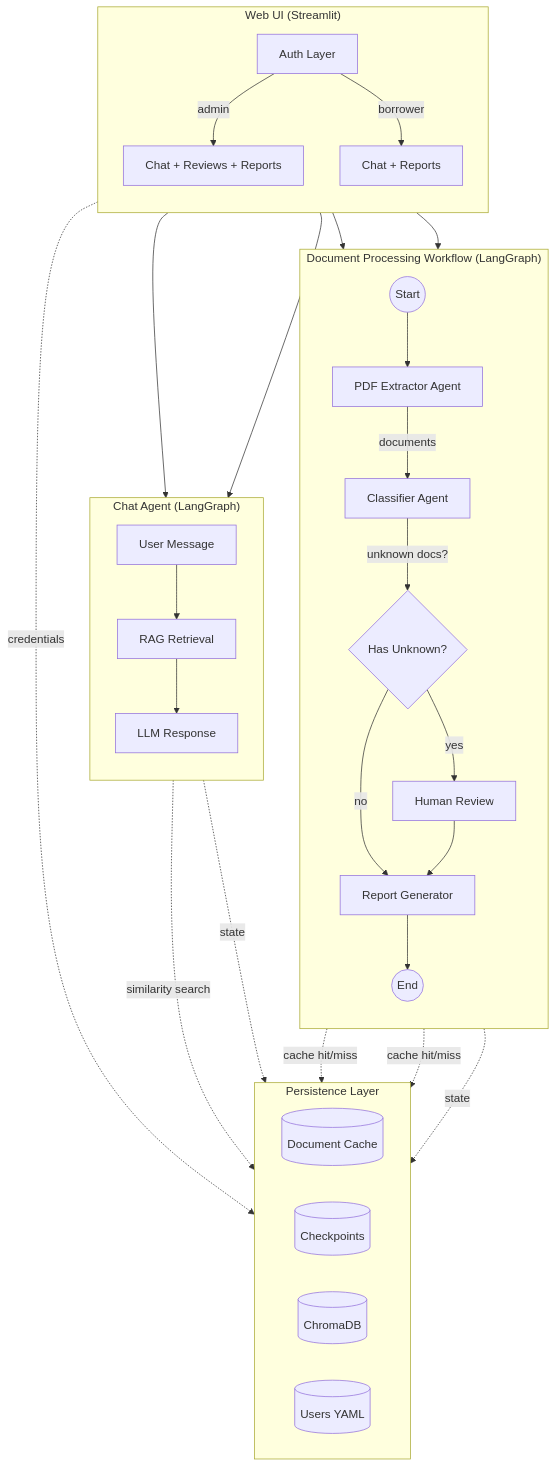
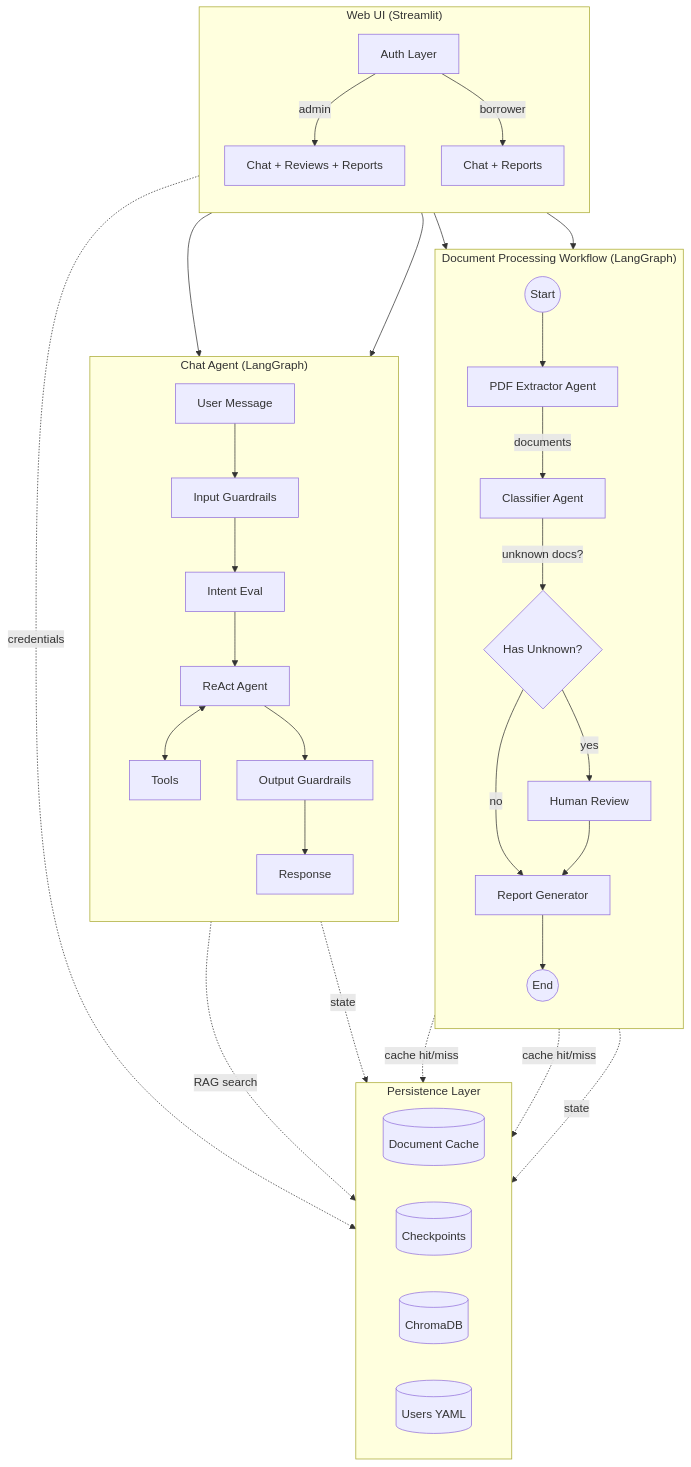
The diagram in README.md (jeremyary/multiagent-doc-processing), drawn with Mermaid before and after one commit. The commit also changed other lines of this file and 1 other file, not shown here.

````diff
--- a/README.md
+++ b/README.md
@@ -14,46 +14,50 @@
 ```mermaid
 flowchart TB
     subgraph workflow["Document Processing Workflow (LangGraph)"]
         direction TB
         START((Start)) --> extract[PDF Extractor Agent]
         extract -->|documents| classify[Classifier Agent]
         classify -->|unknown docs?| decision{Has Unknown?}
         decision -->|yes| review[Human Review]
         decision -->|no| report[Report Generator]
         review --> report
         report --> END((End))
     end
 
     subgraph chat["Chat Agent (LangGraph)"]
         direction TB
-        user_msg[User Message] --> retrieve[RAG Retrieval]
-        retrieve --> respond[LLM Response]
+        user_msg[User Message] --> input_guard[Input Guardrails]
+        input_guard --> intent[Intent Eval]
+        intent --> agent[ReAct Agent]
+        agent <--> tools[Tools]
+        agent --> output_guard[Output Guardrails]
+        output_guard --> response[Response]
     end
 
     subgraph storage["Persistence Layer"]
         direction LR
         cache[(Document Cache)]
         checkpoints[(Checkpoints)]
         chroma[(ChromaDB)]
         users[(Users YAML)]
     end
 
     subgraph ui["Web UI (Streamlit)"]
         direction TB
         auth[Auth Layer]
         auth -->|admin| admin_view[Chat + Reviews + Reports]
         auth -->|borrower| borrower_view[Chat + Reports]
     end
 
     extract -.->|cache hit/miss| cache
     classify -.->|cache hit/miss| cache
     workflow -.->|state| checkpoints
     chat -.->|state| checkpoints
-    retrieve -.->|similarity search| chroma
+    tools -.->|RAG search| chroma
     auth -.->|credentials| users
 
     admin_view --> workflow
     admin_view --> chat
     borrower_view --> workflow
     borrower_view --> chat
 ```
````
